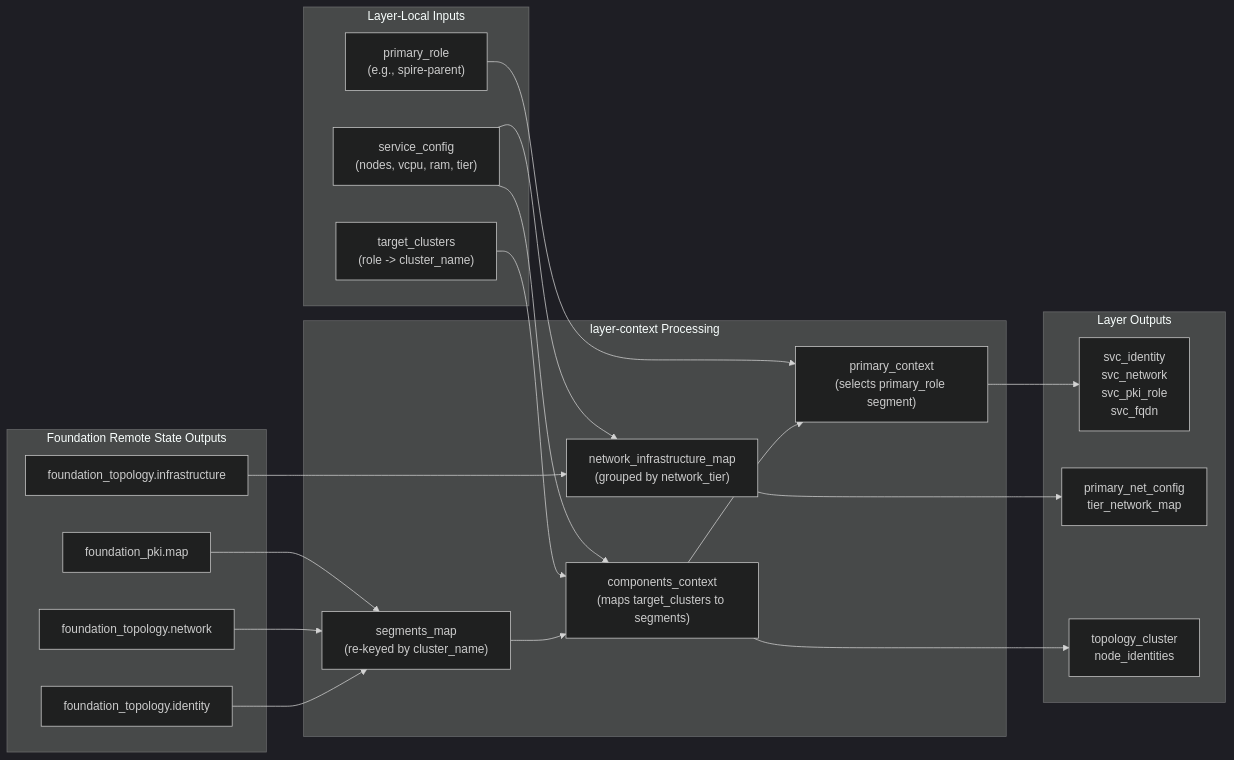
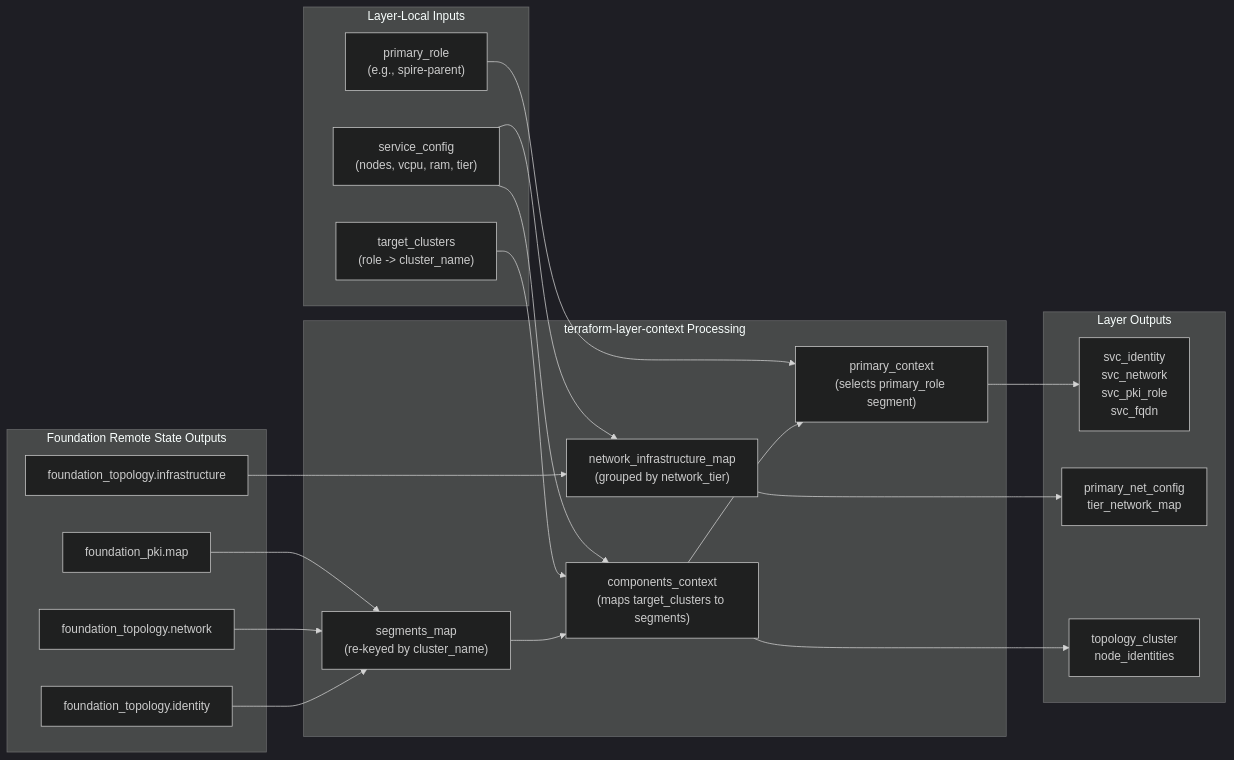
One commit to csning1998/meta-platform changed the second of 3 diagrams in documentation/architecture/kvm-provisioning-pipeline.md. Above: the diagram before and after it, drawn with Mermaid (dark theme). The commit also changed other lines of this file and 318 other files, not shown here.

````diff
--- a/documentation/architecture/kvm-provisioning-pipeline.md
+++ b/documentation/architecture/kvm-provisioning-pipeline.md
@@ -208,41 +208,41 @@
 ```mermaid
 flowchart LR
     subgraph FOUNDATION_INPUTS ["Foundation Remote State Outputs"]
         G_ID["foundation_topology.identity"]
         G_NET["foundation_topology.network"]
         G_PKI["foundation_pki.map"]
         INF_MAP["foundation_topology.infrastructure"]
     end
 
     subgraph LAYER_VARS ["Layer-Local Inputs"]
         TC["target_clusters\n(role -> cluster_name)"]
         PR["primary_role\n(e.g., spire-parent)"]
         SC["service_config\n(nodes, vcpu, ram, tier)"]
     end
 
-    subgraph LC_TRANSFORM ["layer-context Processing"]
+    subgraph LC_TRANSFORM ["terraform-layer-context Processing"]
         SEGM["segments_map\n(re-keyed by cluster_name)"]
         COMP_CTX["components_context\n(maps target_clusters to segments)"]
         PRIM_CTX["primary_context\n(selects primary_role segment)"]
         NET_TIER["network_infrastructure_map\n(grouped by network_tier)"]
     end
 
     subgraph LC_EXPORTS ["Layer Outputs"]
         SVC_OUT["svc_identity\nsvc_network\nsvc_pki_role\nsvc_fqdn"]
         NET_OUT["primary_net_config\ntier_network_map"]
         TOP_OUT["topology_cluster\nnode_identities"]
     end
 
     G_ID & G_NET & G_PKI --> SEGM
     SEGM --> COMP_CTX
     TC & SC --> COMP_CTX
     COMP_CTX --> PRIM_CTX
     PR --> PRIM_CTX
 
     INF_MAP --> NET_TIER
     SC --> NET_TIER
 
     PRIM_CTX --> SVC_OUT
     NET_TIER --> NET_OUT
     COMP_CTX --> TOP_OUT
 ```
````
